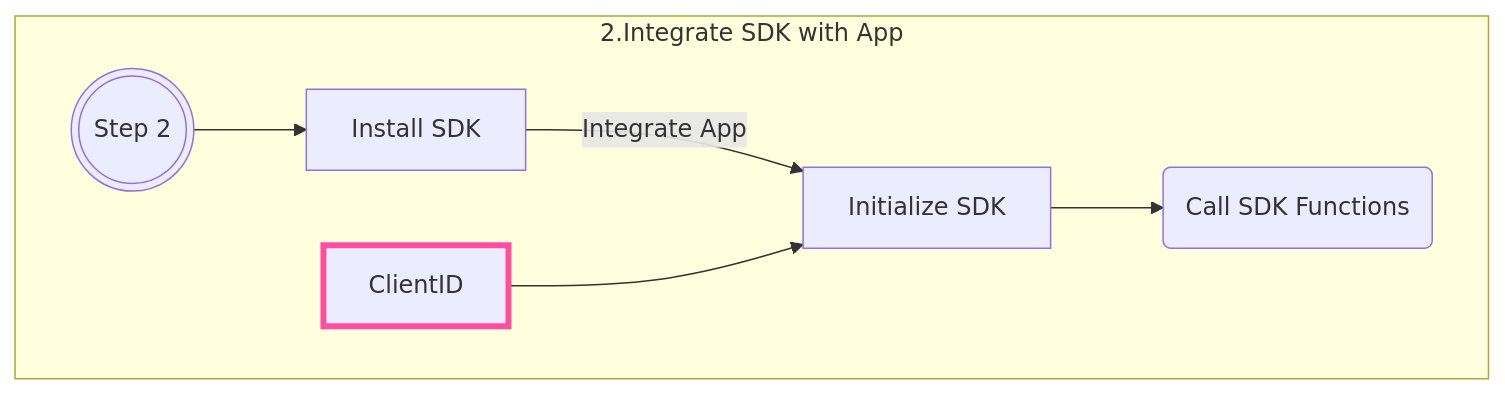
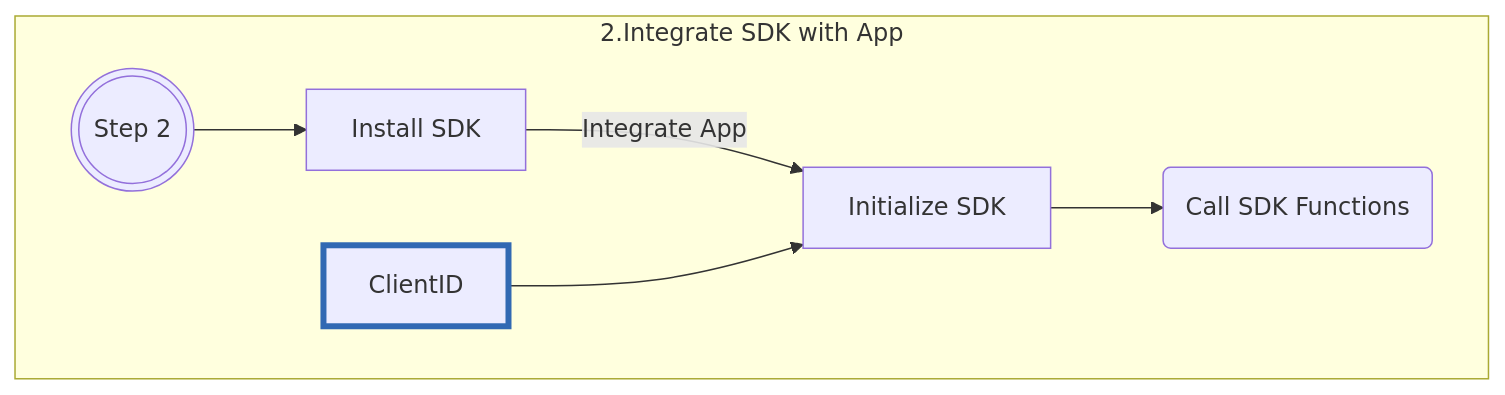
One commit to shaloo/docs.arcana changed the second of 3 diagrams in docs/introduction/index.md. Above: the diagram before and after it, drawn with Mermaid. The commit also changed other lines of this file and 79 other files, not shown here.

````diff
--- a/docs/introduction/index.md
+++ b/docs/introduction/index.md
@@ -31,13 +31,13 @@
     ```mermaid
     flowchart LR
         subgraph Integrate [2.Integrate SDK with App]
         direction LR
           A00(((Step 2))) --> F00[Install SDK]
           F00 -- Integrate App --> G00[Initialize SDK]
           E00[ClientID] --> G00
           G00 --> H00(Call SDK Functions)
         end
 
-    classDef an-pink stroke:#ff4e9f,stroke-width:0.25rem;
-    class E00 an-pink
+    classDef an-highlight stroke:#3169b3,stroke-width:0.25rem;
+    class E00 an-highlight
     ```
````
